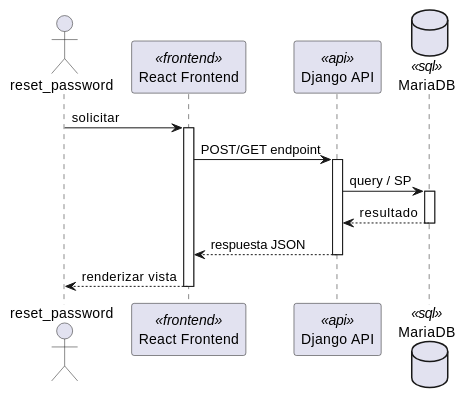
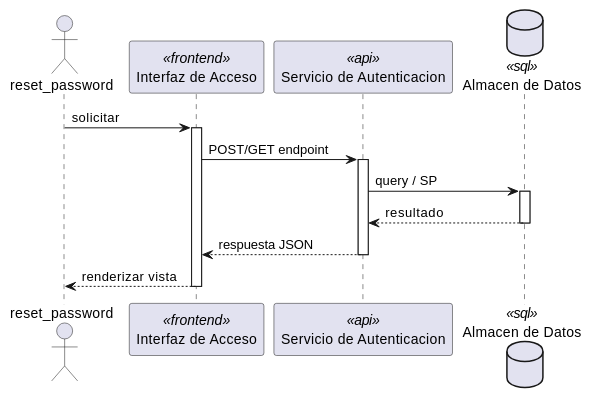
The first of 2 diagrams in source/arquitectura-tecnica/DesignView/auth-03.rst (jcg-admin/IACT-docs), drawn with PlantUML before and after one commit. The commit also changed other lines of this file and 243 other files, not shown here.

First line of the commit message:
Add missing diagrams and fix participant names across Kruchten views

```diff
--- a/source/arquitectura-tecnica/DesignView/auth-03.rst
+++ b/source/arquitectura-tecnica/DesignView/auth-03.rst
@@ -22,28 +22,28 @@
 .. uml::
  :caption: UC_AUTH_03 — Design View (secuencia)
 
  @startuml
 
  actor "reset_password" as reset_password
- participant "React Frontend" as Frontend <<frontend>>
- participant "Django API" as APIServer <<api>>
- database "MariaDB" as BaseDatos <<sql>>
+ participant "Interfaz de Acceso" as Iface <<frontend>>
+ participant "Servicio de Autenticacion" as SvcNode <<api>>
+ database "Almacen de Datos" as Store <<sql>>
 
- reset_password -> Frontend : solicitar
- activate Frontend
+ reset_password -> Iface : solicitar
+ activate Iface
 
- Frontend -> APIServer : POST/GET endpoint
- activate APIServer
+ Iface -> SvcNode : POST/GET endpoint
+ activate SvcNode
 
- APIServer -> BaseDatos : query / SP
- activate BaseDatos
- BaseDatos --> APIServer : resultado
- deactivate BaseDatos
+ SvcNode -> Store : query / SP
+ activate Store
+ Store --> SvcNode : resultado
+ deactivate Store
 
- APIServer --> Frontend : respuesta JSON
- deactivate APIServer
+ SvcNode --> Iface : respuesta JSON
+ deactivate SvcNode
 
- Frontend --> reset_password : renderizar vista
- deactivate Frontend
+ Iface --> reset_password : renderizar vista
+ deactivate Iface
 
  @enduml
```
